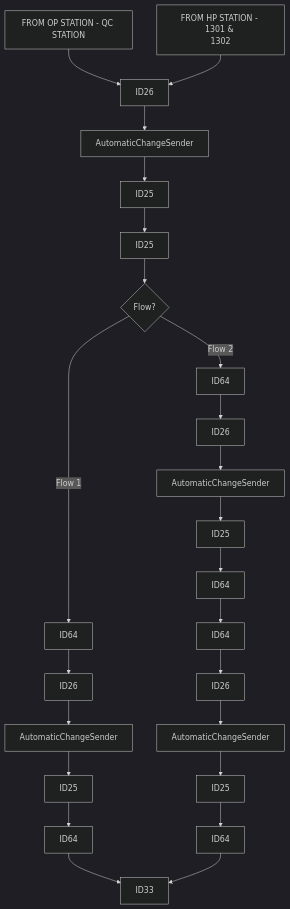
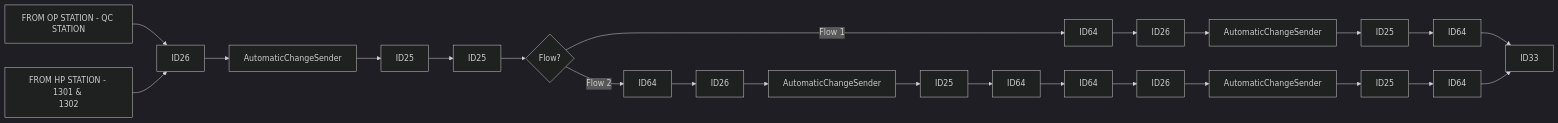
One commit to luthfiadityaa/SimeDarby-Wiki changed the diagram in Basic-Design/DFD-WMS/Storage/Unplanned-Storage.md. Above: the diagram before and after it, drawn with Mermaid (dark theme).

Commit message:
Updated Unplanned Storage

```diff
--- a/Basic-Design/DFD-WMS/Storage/Unplanned-Storage.md
+++ b/Basic-Design/DFD-WMS/Storage/Unplanned-Storage.md
@@ -5,16 +5,16 @@
 ::: mermaid
-flowchart TD
+flowchart LR
   
 P1[FROM OP STATION - QC STATION]-->P2[ID26]-->P3[AutomaticChangeSender]-->P4[ID25]-->P7[ID25]
 P7[ID25]-->Cond1{Flow?} 
 Cond1 --> |Flow 1| P8[ID64]
 Cond1 --> |Flow 2| P9[ID64]
 P8[ID64]-->P10[ID26]-->P11[AutomaticChangeSender]-->P12[ID25]-->P13[ID64]
 P9[ID64]-->P15[ID26]-->P16[AutomaticChangeSender]-->P17[ID25]-->P18[ID64]-->P19[ID64]-->P20[ID26]-->P21[AutomaticChangeSender]-->P22[ID25]-->P23[ID64]
 
 P24[FROM HP STATION - 1301 & 
 1302]-->P2[ID26]
 
 P13[ID64]-->P14[ID33]
 P23[ID64]-->P14[ID33]
 :::
```
